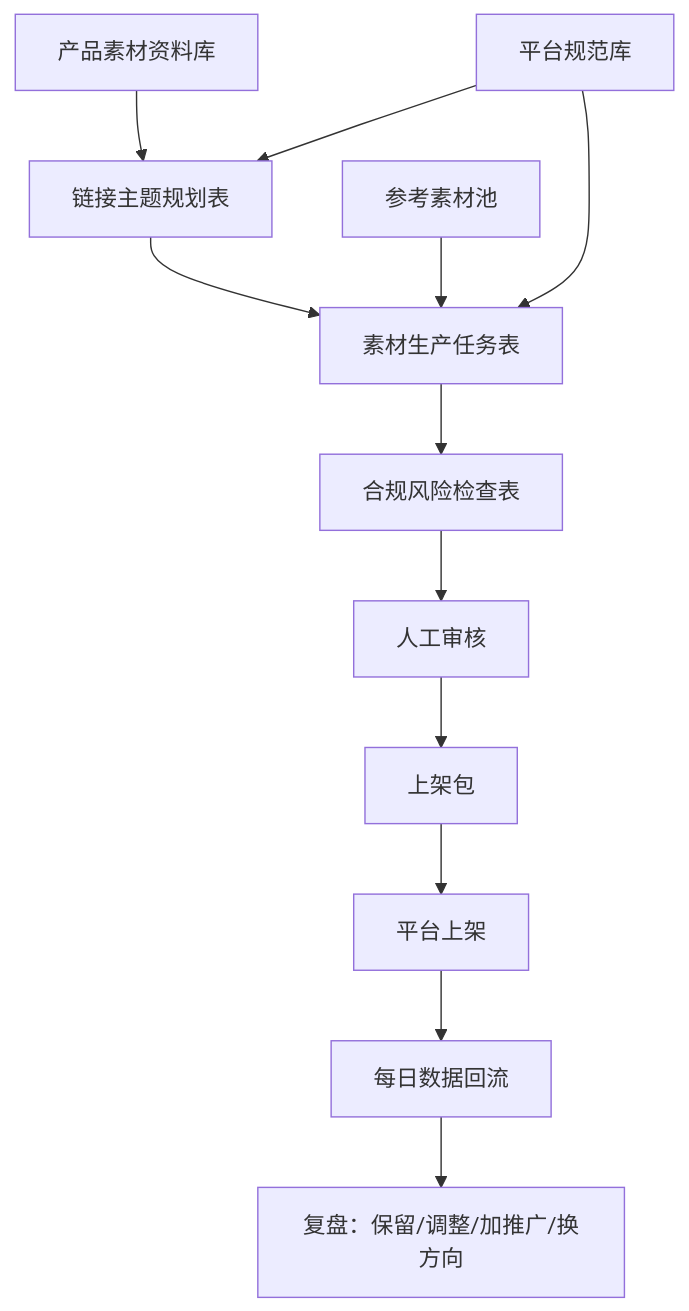
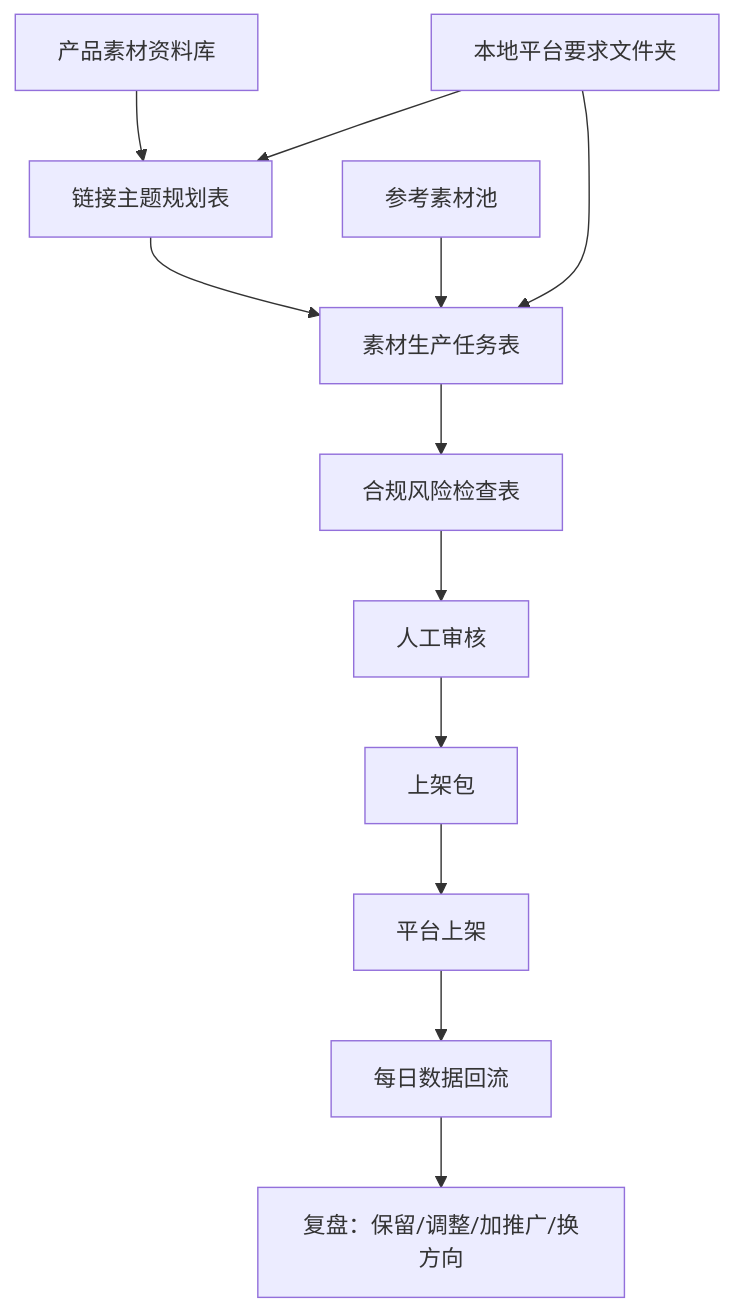
Before and after one commit to xiemingtian199/CD: the diagram in outputs/100链接日更生产计划.md, drawn with Mermaid. The commit also changed other lines of this file and 5 other files, not shown here.

````diff
--- a/outputs/100链接日更生产计划.md
+++ b/outputs/100链接日更生产计划.md
@@ -32,14 +31,14 @@
 ```mermaid
 flowchart TD
   A["产品素材资料库"] --> B["链接主题规划表"]
-  P["平台规范库"] --> B
+  P["本地平台要求文件夹"] --> B
   P --> C
   B --> C["素材生产任务表"]
   R["参考素材池"] --> C
   C --> D["合规风险检查表"]
   D --> E["人工审核"]
   E --> F["上架包"]
   F --> G["平台上架"]
   G --> H["每日数据回流"]
   H --> I["复盘：保留/调整/加推广/换方向"]
 ```
````
